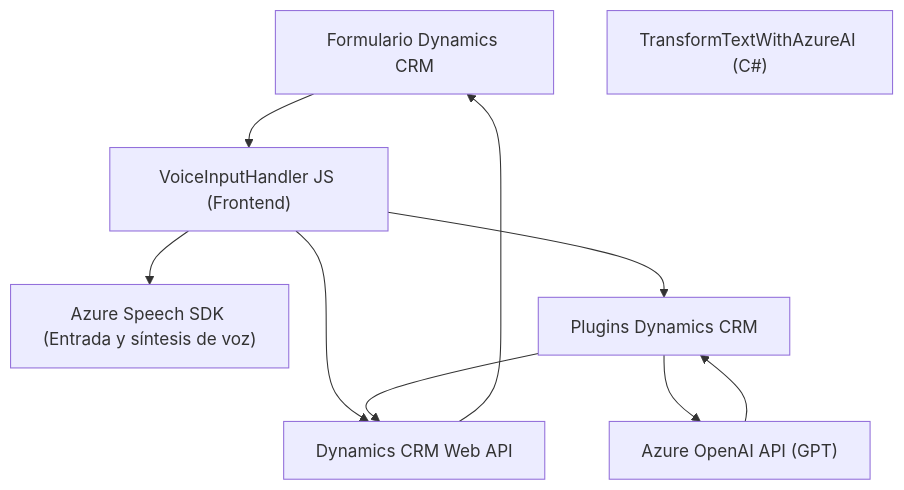
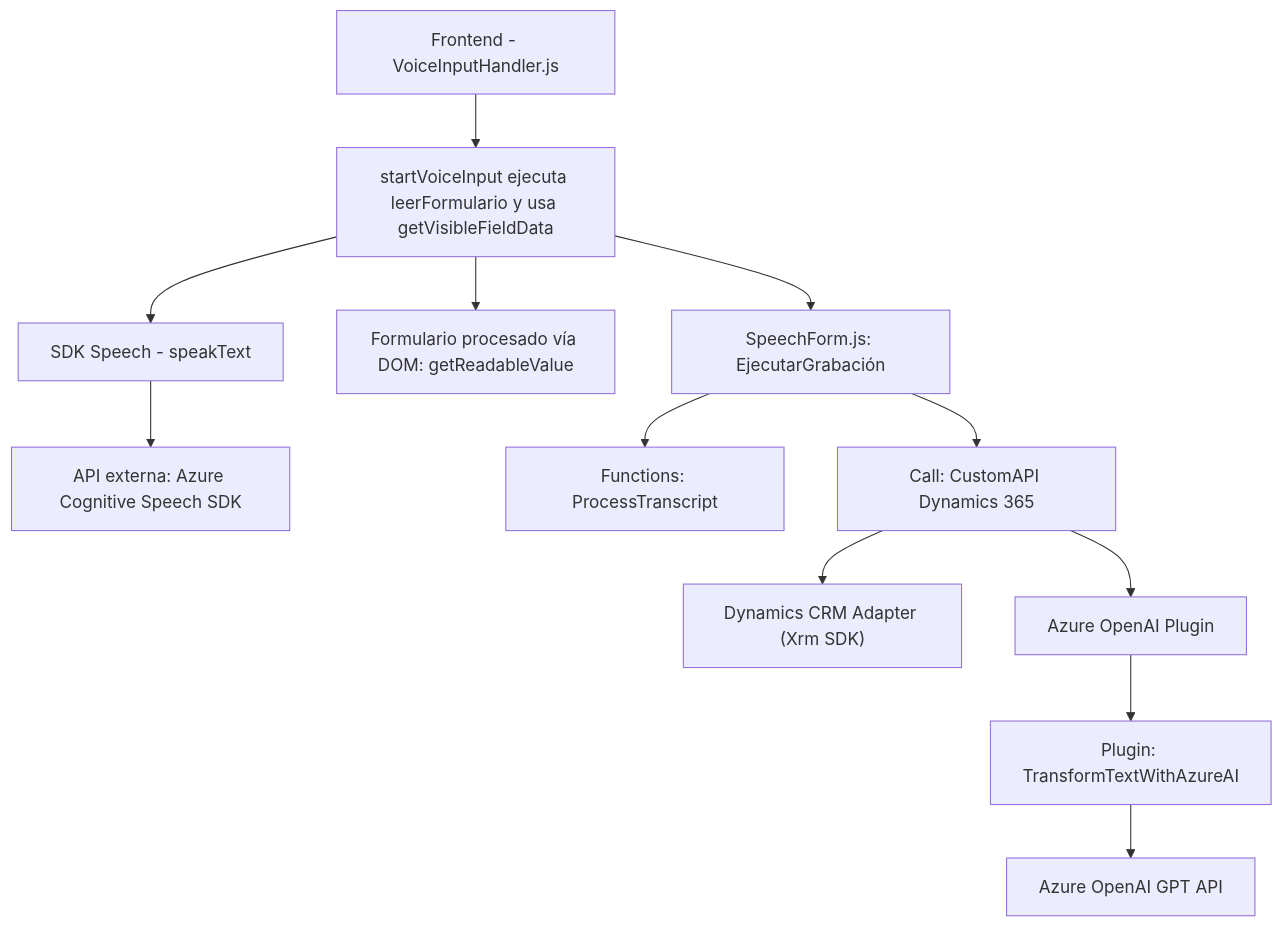
The diagram in README.md (blopezdm/NETCORE_BILBAO2025), drawn with Mermaid before and after one commit. The commit also changed other lines of this file, not shown here.

````diff
--- a/README.md
+++ b/README.md
@@ -42,19 +29,14 @@
 ```mermaid
 graph TD
-    A["Formulario Dynamics CRM"]
-    B["VoiceInputHandler JS (Frontend)"]
-    C["Azure Speech SDK (Entrada y síntesis de voz)"]
-    D["Plugins Dynamics CRM"]
-    E["TransformTextWithAzureAI (C#)"]
-    F["Azure OpenAI API (GPT)"]
-    G["Dynamics CRM Web API"]
-
-    A --> B
-    B --> C
-    B --> G
-    B --> D
-    D --> F
-    D --> G
-    F --> D
-    G --> A
+    A["Frontend - VoiceInputHandler.js"] --> B["startVoiceInput ejecuta leerFormulario y usa getVisibleFieldData"]
+    B --> C["SDK Speech - speakText"]
+    B --> D["Formulario procesado vía DOM: getReadableValue"]
+    C --> E["API externa: Azure Cognitive Speech SDK"]
+    B --> F["SpeechForm.js: EjecutarGrabación"]
+    F --> G["Functions: ProcessTranscript"]
+    F --> H["Call: CustomAPI Dynamics 365"]
+    H --> I["Dynamics CRM Adapter (Xrm SDK)"]
+    H --> J["Azure OpenAI Plugin"]
+    J --> K["Plugin: TransformTextWithAzureAI"]
+    K --> L["Azure OpenAI GPT API"]
 ```
````
